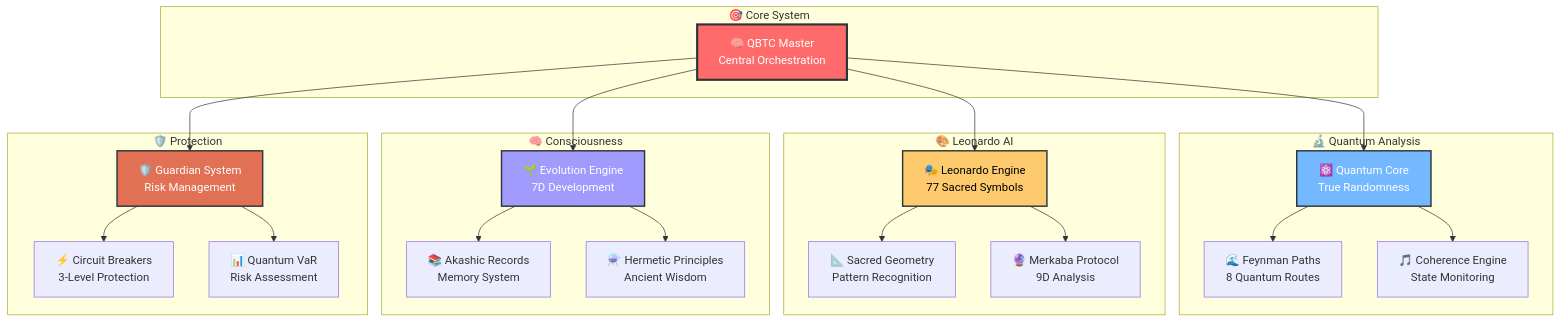
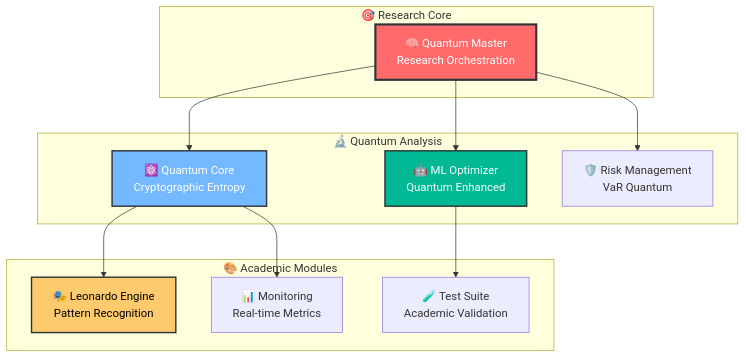
One commit to vigoferrel/qbtc-futures-system changed the diagram in README.md. Above: the diagram before and after it, drawn with Mermaid. The commit also changed other lines of this file and 2 other files, not shown here.

````diff
--- a/README.md
+++ b/README.md
@@ -97,53 +122,30 @@
 ```mermaid
 graph TB
-    subgraph "🎯 Core System"
-        Master[🧠 QBTC Master<br/>Central Orchestration]
+    subgraph "🎯 Research Core"
+        Master[🧠 Quantum Master<br/>Research Orchestration]
     end
     
     subgraph "🔬 Quantum Analysis"
-        QCore[⚛️ Quantum Core<br/>True Randomness]
-        Feynman[🌊 Feynman Paths<br/>8 Quantum Routes]
-        Coherence[🎵 Coherence Engine<br/>State Monitoring]
+        QCore[⚛️ Quantum Core<br/>Cryptographic Entropy]
+        ML[🤖 ML Optimizer<br/>Quantum Enhanced]
+        Risk[🛡️ Risk Management<br/>VaR Quantum]
     end
     
-    subgraph "🎨 Leonardo AI"
-        Leonardo[🎭 Leonardo Engine<br/>77 Sacred Symbols]
-        Geometry[📐 Sacred Geometry<br/>Pattern Recognition]
-        Merkaba[🔮 Merkaba Protocol<br/>9D Analysis]
-    end
-    
-    subgraph "🧠 Consciousness"
-        Evolution[🌱 Evolution Engine<br/>7D Development]
-        Akashic[📚 Akashic Records<br/>Memory System]
-        Hermetic[⚗️ Hermetic Principles<br/>Ancient Wisdom]
-    end
-    
-    subgraph "🛡️ Protection"
-        Guardian[🛡️ Guardian System<br/>Risk Management]
-        Breakers[⚡ Circuit Breakers<br/>3-Level Protection]
-        VaR[📊 Quantum VaR<br/>Risk Assessment]
+    subgraph "🎨 Academic Modules"
+        Leonardo[🎭 Leonardo Engine<br/>Pattern Recognition]
+        Dashboard[📊 Monitoring<br/>Real-time Metrics]
+        Tests[🧪 Test Suite<br/>Academic Validation]
     end
     
     Master --> QCore
-    Master --> Leonardo
-    Master --> Evolution
-    Master --> Guardian
-    
-    QCore --> Feynman
-    QCore --> Coherence
-    
-    Leonardo --> Geometry
-    Leonardo --> Merkaba
-    
-    Evolution --> Akashic
-    Evolution --> Hermetic
-    
-    Guardian --> Breakers
-    Guardian --> VaR
+    Master --> ML
+    Master --> Risk
+    QCore --> Leonardo
+    QCore --> Dashboard
+    ML --> Tests
     
     style Master fill:#ff6b6b,stroke:#2d3436,stroke-width:3px,color:#fff
     style QCore fill:#74b9ff,stroke:#2d3436,stroke-width:2px,color:#fff
+    style ML fill:#00b894,stroke:#2d3436,stroke-width:2px,color:#fff
     style Leonardo fill:#fdcb6e,stroke:#2d3436,stroke-width:2px,color:#000
-    style Evolution fill:#a29bfe,stroke:#2d3436,stroke-width:2px,color:#fff
-    style Guardian fill:#e17055,stroke:#2d3436,stroke-width:2px,color:#fff
 ```
````
